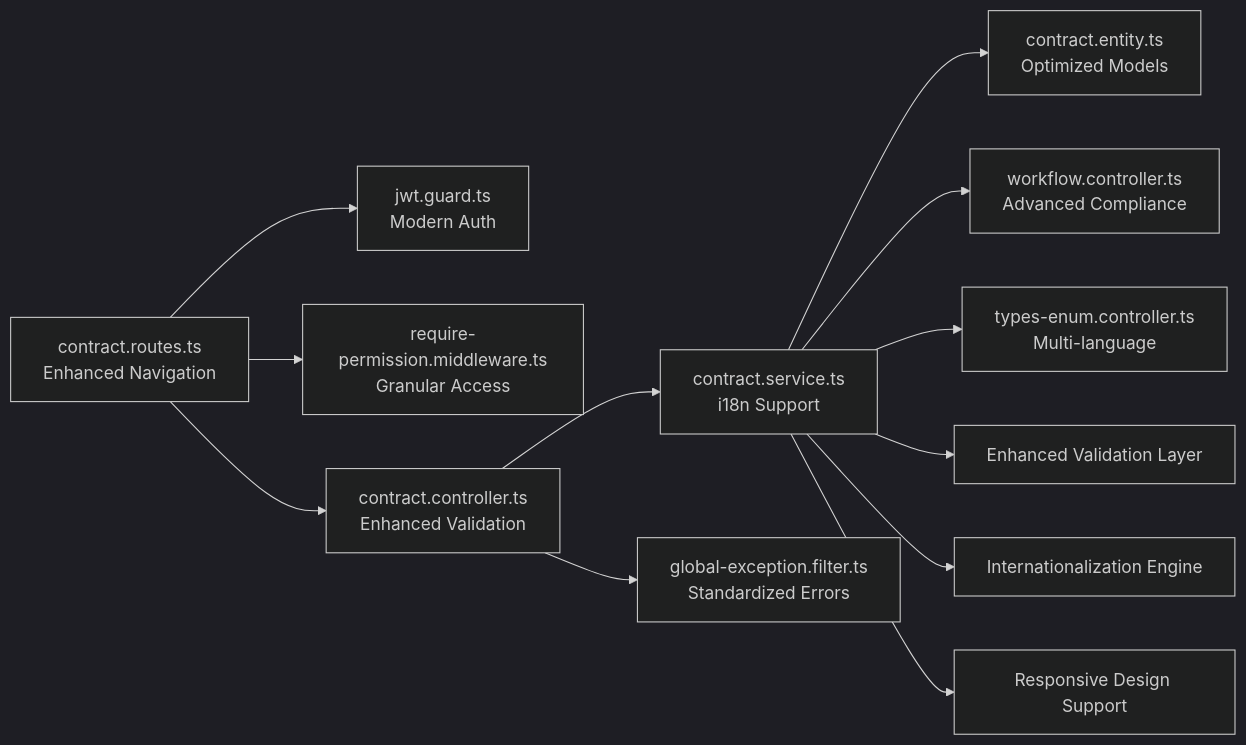
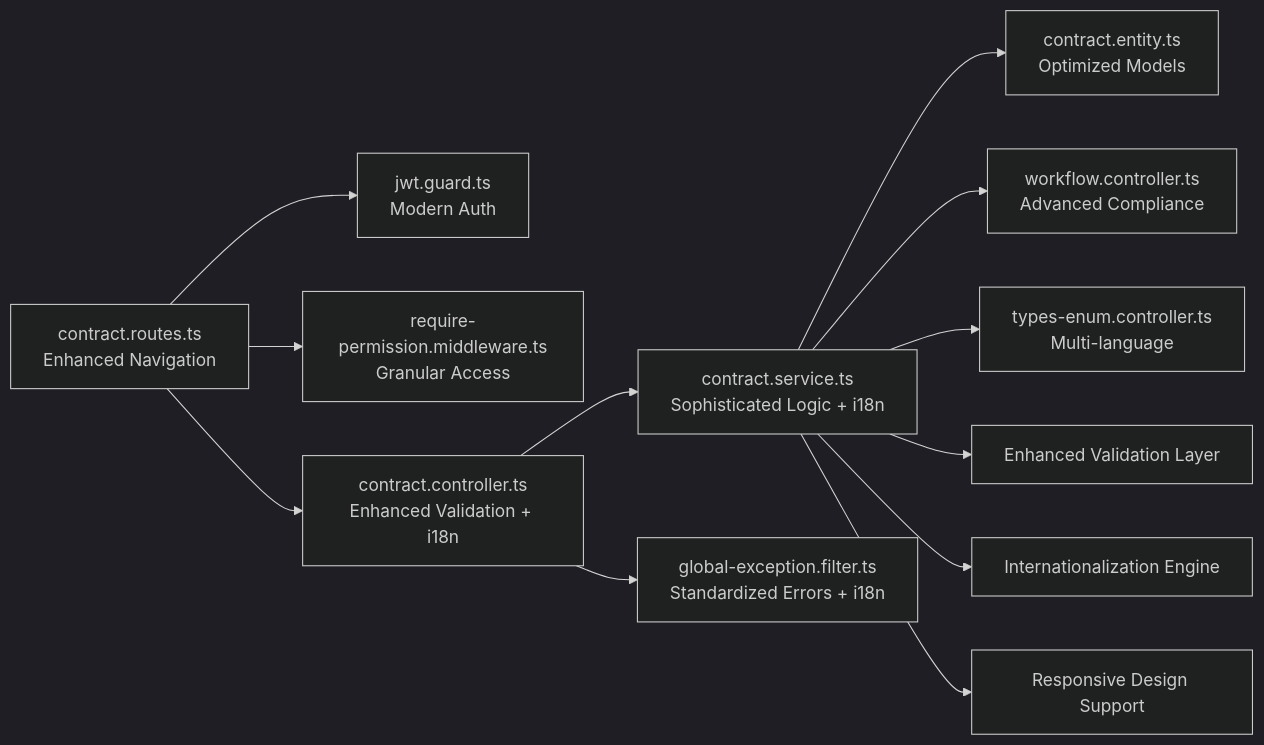
The fifth of 5 diagrams in .qoder/repowiki/en/content/API Reference/Human Resources API/Personnel Administration API/Contract Management API.md (franckylab/eLISAschool), drawn with Mermaid (dark theme) before and after one commit. The commit also changed other lines of this file and 78 other files, not shown here.

````diff
--- a/.qoder/repowiki/en/content/API Reference/Human Resources API/Personnel Administration API/Contract Management API.md
+++ b/.qoder/repowiki/en/content/API Reference/Human Resources API/Personnel Administration API/Contract Management API.md
@@ -583,14 +632,14 @@
 ```mermaid
 graph LR
 Routes["contract.routes.ts<br/>Enhanced Navigation"] --> Guard["jwt.guard.ts<br/>Modern Auth"]
 Routes --> Perm["require-permission.middleware.ts<br/>Granular Access"]
-Routes --> Controller["contract.controller.ts<br/>Enhanced Validation"]
-Controller --> Service["contract.service.ts<br/>i18n Support"]
+Routes --> Controller["contract.controller.ts<br/>Enhanced Validation + i18n"]
+Controller --> Service["contract.service.ts<br/>Sophisticated Logic + i18n"]
 Service --> Entity["contract.entity.ts<br/>Optimized Models"]
 Service --> Workflow["workflow.controller.ts<br/>Advanced Compliance"]
 Service --> Types["types-enum.controller.ts<br/>Multi-language"]
-Controller --> Filter["global-exception.filter.ts<br/>Standardized Errors"]
+Controller --> Filter["global-exception.filter.ts<br/>Standardized Errors + i18n"]
 Service --> Validation["Enhanced Validation Layer"]
 Service --> Localization["Internationalization Engine"]
 Service --> Responsive["Responsive Design Support"]
 ```
````
